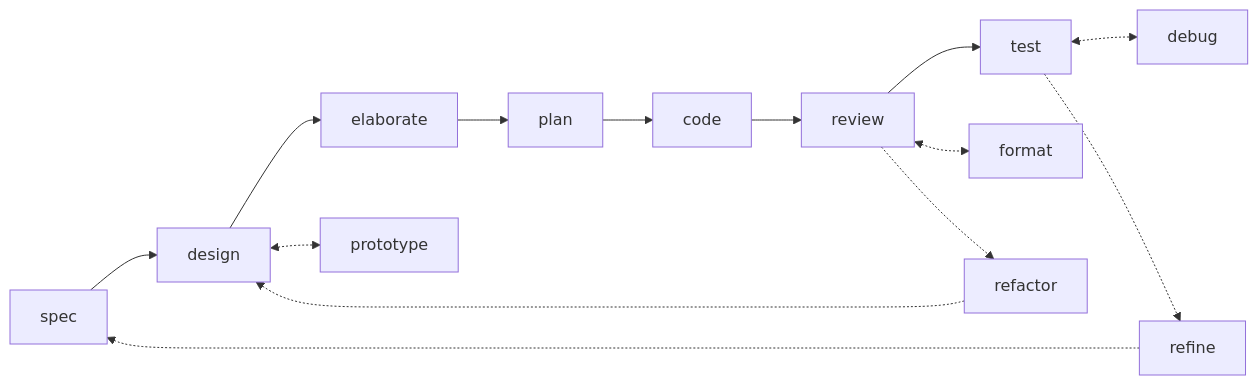
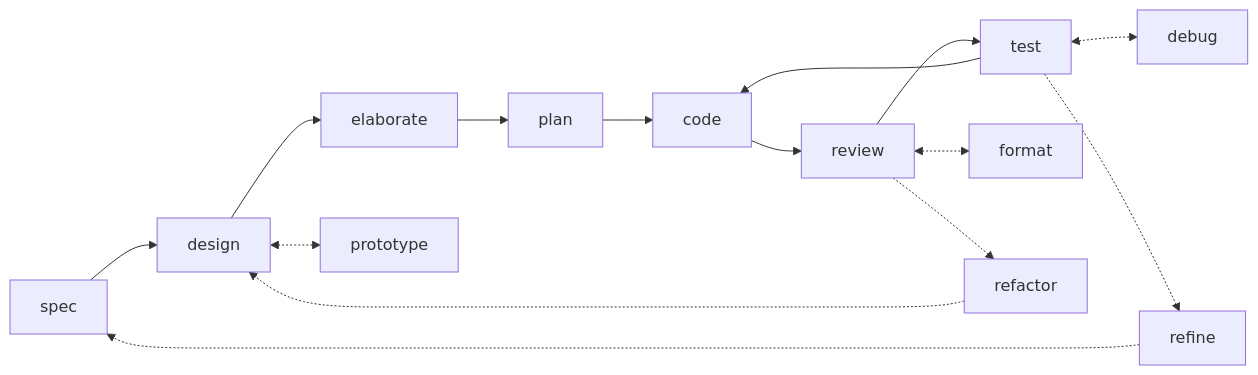
The first of 2 diagrams in README.md (kieranpotts/skills), drawn with Mermaid before and after one commit.

Commit message:
feature: test step loops back to code step on pass

````diff
--- a/README.md
+++ b/README.md
@@ -31,21 +31,22 @@
 ```mermaid
 flowchart LR
   %% Main workflow.
   spec --> design
   design --> elaborate
   elaborate --> plan
   plan --> code
   code --> review
   review --> test
+  test --> code
 
   %% Small iterative cycles.
   design <-.-> prototype
   review <-.-> format
   test <-.-> debug
 
   %% Big feedback loops.
   review -.-> refactor
   refactor -.-> design
   test -.-> refine
   refine -.-> spec
 ```
````
